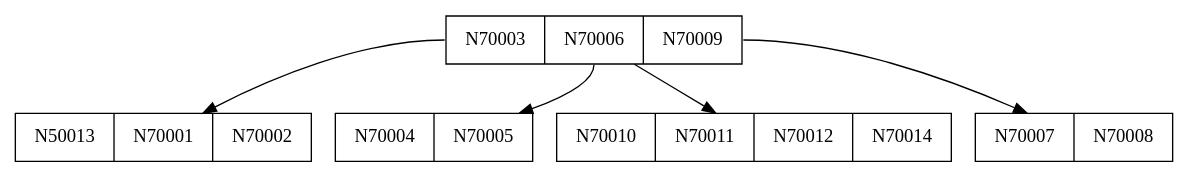
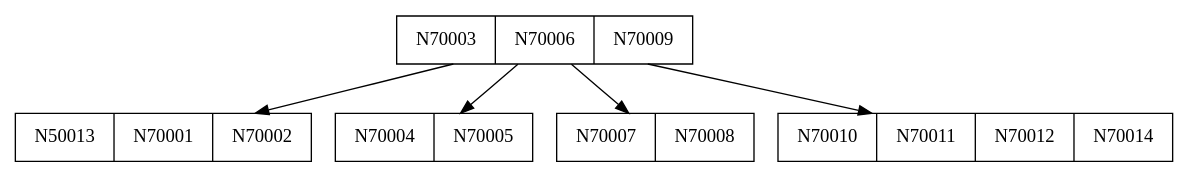
One commit to Samashoas/202109705_Proyecto_EDD changed the diagram in cmake-build-debug/btree.dot. Above: the diagram before and after it, drawn with Graphviz. The commit also changed 25 other files, not shown here.

```diff
--- a/cmake-build-debug/btree.dot
+++ b/cmake-build-debug/btree.dot
@@ -1,12 +1,13 @@
 digraph G {
 node [shape=record];
+rank=same;
 node0 [label="<f0> N70003 | <f1> N70006 | <f2> N70009"];
 node1 [label="<f0> N50013 | <f1> N70001 | <f2> N70002"];
-node0:f0 -> node1;
+node0 -> node1;
 node2 [label="<f0> N70004 | <f1> N70005"];
-node0:f1 -> node2;
+node0 -> node2;
 node3 [label="<f0> N70007 | <f1> N70008"];
-node0:f2 -> node3;
+node0 -> node3;
 node4 [label="<f0> N70010 | <f1> N70011 | <f2> N70012 | <f3> N70014"];
-node0:f3 -> node4;
+node0 -> node4;
 }
```
